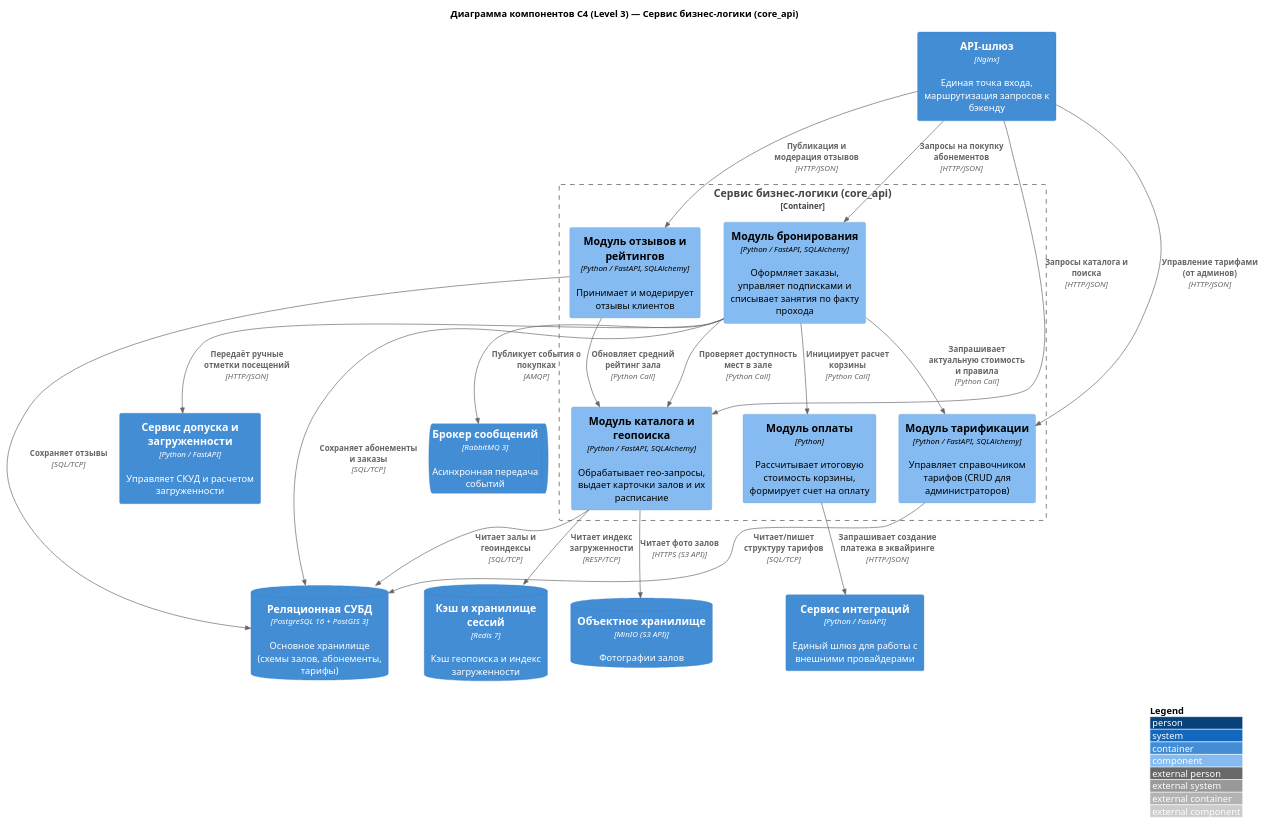
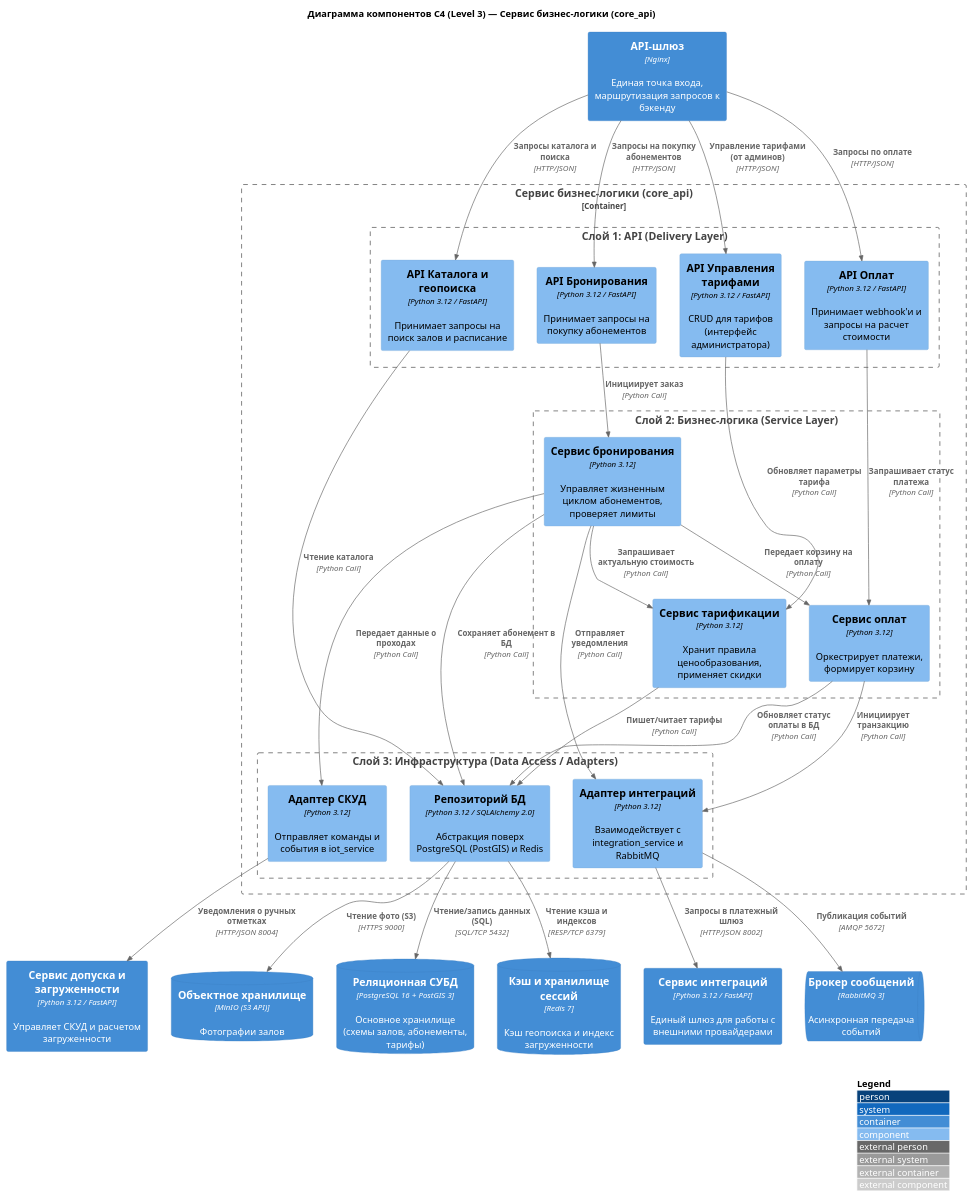
The diagram in src/local/kutenkov/L3/L3_backend_core_api.puml (lamtfey11/ISIT-project-gym-aggregator), drawn with PlantUML before and after one commit. The commit also changed 1 other file, not shown here.

```diff
--- a/src/local/kutenkov/L3/L3_backend_core_api.puml
+++ b/src/local/kutenkov/L3/L3_backend_core_api.puml
@@ -1,65 +1,76 @@
 @startuml L3_backend_core
 ' Подключаем стандартный макрос для диаграммы компонентов
 !include https://raw.githubusercontent.com/plantuml-stdlib/C4-PlantUML/master/C4_Component.puml
 
 LAYOUT_WITH_LEGEND()
 
 title Диаграмма компонентов C4 (Level 3) — Сервис бизнес-логики (core_api)
 
 ' ВНЕШНИЕ СИСТЕМЫ И КОНТЕЙНЕРЫ (Смежные узлы) 
 Container(api_gateway, "API-шлюз", "Nginx", "Единая точка входа, маршрутизация запросов к бэкенду")
-Container(integration_service, "Сервис интеграций", "Python / FastAPI", "Единый шлюз для работы с внешними провайдерами")
-Container(iot_service, "Сервис допуска и загруженности", "Python / FastAPI", "Управляет СКУД и расчетом загруженности")
+Container(integration_service, "Сервис интеграций", "Python 3.12 / FastAPI", "Единый шлюз для работы с внешними провайдерами")
+Container(iot_service, "Сервис допуска и загруженности", "Python 3.12 / FastAPI", "Управляет СКУД и расчетом загруженности")
 
 ContainerDb(database, "Реляционная СУБД", "PostgreSQL 16 + PostGIS 3", "Основное хранилище (схемы залов, абонементы, тарифы)")
 ContainerDb(cache, "Кэш и хранилище сессий", "Redis 7", "Кэш геопоиска и индекс загруженности")
 ContainerDb(object_storage, "Объектное хранилище", "MinIO (S3 API)", "Фотографии залов")
 ContainerQueue(message_broker, "Брокер сообщений", "RabbitMQ 3", "Асинхронная передача событий")
 
 ' ГРАНИЦА НАШЕГО КОНТЕЙНЕРА
 Container_Boundary(core_api, "Сервис бизнес-логики (core_api)") {
     
-    Component(catalog_comp, "Модуль каталога и геопоиска", "Python / FastAPI, SQLAlchemy", "Обрабатывает гео-запросы, выдает карточки залов и их расписание")
-    
-    Component(tariff_comp, "Модуль тарификации", "Python / FastAPI, SQLAlchemy", "Управляет справочником тарифов (CRUD для администраторов)")
-    
-    Component(booking_comp, "Модуль бронирования", "Python / FastAPI, SQLAlchemy", "Оформляет заказы, управляет подписками и списывает занятия по факту прохода")
-    
-    Component(payment_comp, "Модуль оплаты", "Python", "Рассчитывает итоговую стоимость корзины, формирует счет на оплату")
-    
-    Component(review_comp, "Модуль отзывов и рейтингов", "Python / FastAPI, SQLAlchemy", "Принимает и модерирует отзывы клиентов")
+    Boundary(api_layer, "Слой 1: API (Delivery Layer)") {
+        Component(catalog_api, "API Каталога и геопоиска", "Python 3.12 / FastAPI", "Принимает запросы на поиск залов и расписание")
+        Component(booking_api, "API Бронирования", "Python 3.12 / FastAPI", "Принимает запросы на покупку абонементов")
+        Component(payment_api, "API Оплат", "Python 3.12 / FastAPI", "Принимает webhook'и и запросы на расчет стоимости")
+        Component(admin_tariff_api, "API Управления тарифами", "Python 3.12 / FastAPI", "CRUD для тарифов (интерфейс администратора)")
+    }
+
+    Boundary(service_layer, "Слой 2: Бизнес-логика (Service Layer)") {
+        Component(booking_service, "Сервис бронирования", "Python 3.12", "Управляет жизненным циклом абонементов, проверяет лимиты")
+        Component(tariff_service, "Сервис тарификации", "Python 3.12", "Хранит правила ценообразования, применяет скидки")
+        Component(payment_service, "Сервис оплат", "Python 3.12", "Оркестрирует платежи, формирует корзину")
+    }
+
+    Boundary(infra_layer, "Слой 3: Инфраструктура (Data Access / Adapters)") {
+        Component(db_repository, "Репозиторий БД", "Python 3.12 / SQLAlchemy 2.0", "Абстракция поверх PostgreSQL (PostGIS) и Redis")
+        Component(iot_adapter, "Адаптер СКУД", "Python 3.12", "Отправляет команды и события в iot_service")
+        Component(integration_adapter, "Адаптер интеграций", "Python 3.12", "Взаимодействует с integration_service и RabbitMQ")
+    }
 }
 
-'СВЯЗИ (ВХОДЯЩИЕ ИЗ ШЛЮЗА) 
-Rel(api_gateway, catalog_comp, "Запросы каталога и поиска", "HTTP/JSON")
-Rel(api_gateway, tariff_comp, "Управление тарифами (от админов)", "HTTP/JSON")
-Rel(api_gateway, booking_comp, "Запросы на покупку абонементов", "HTTP/JSON")
-Rel(api_gateway, review_comp, "Публикация и модерация отзывов", "HTTP/JSON")
+' СВЯЗИ (ВХОДЯЩИЕ ИЗ ШЛЮЗА) 
+Rel(api_gateway, catalog_api, "Запросы каталога и поиска", "HTTP/JSON")
+Rel(api_gateway, admin_tariff_api, "Управление тарифами (от админов)", "HTTP/JSON")
+Rel(api_gateway, booking_api, "Запросы на покупку абонементов", "HTTP/JSON")
+Rel(api_gateway, payment_api, "Запросы по оплате", "HTTP/JSON")
 
-'ВНУТРИПРОЦЕССНЫЕ СВЯЗИ МЕЖДУ КОМПОНЕНТАМИ
-Rel(booking_comp, tariff_comp, "Запрашивает актуальную стоимость и правила", "Python Call")
-Rel(booking_comp, catalog_comp, "Проверяет доступность мест в зале", "Python Call")
-Rel(booking_comp, payment_comp, "Инициирует расчет корзины", "Python Call")
-Rel(review_comp, catalog_comp, "Обновляет средний рейтинг зала", "Python Call")
+' ВНУТРИПРОЦЕССНЫЕ СВЯЗИ (API -> Services)
+Rel(catalog_api, db_repository, "Чтение каталога", "Python Call")
+Rel(booking_api, booking_service, "Инициирует заказ", "Python Call")
+Rel(payment_api, payment_service, "Запрашивает статус платежа", "Python Call")
+Rel(admin_tariff_api, tariff_service, "Обновляет параметры тарифа", "Python Call")
 
-'СВЯЗИ (ИСХОДЯЩИЕ В ИНФРАСТРУКТУРУ И СМЕЖНЫЕ СЕРВИСЫ)
-' Каталог
-Rel(catalog_comp, database, "Читает залы и геоиндексы", "SQL/TCP")
-Rel(catalog_comp, cache, "Читает индекс загруженности", "RESP/TCP")
-Rel(catalog_comp, object_storage, "Читает фото залов", "HTTPS (S3 API)")
+' ВНУТРИПРОЦЕССНЫЕ СВЯЗИ (Services -> Services)
+Rel(booking_service, tariff_service, "Запрашивает актуальную стоимость", "Python Call")
+Rel(booking_service, payment_service, "Передает корзину на оплату", "Python Call")
 
-' Тарифы
-Rel(tariff_comp, database, "Читает/пишет структуру тарифов", "SQL/TCP")
+' ВНУТРИПРОЦЕССНЫЕ СВЯЗИ (Services -> Infrastructure)
+Rel(booking_service, db_repository, "Сохраняет абонемент в БД", "Python Call")
+Rel(tariff_service, db_repository, "Пишет/читает тарифы", "Python Call")
+Rel(payment_service, db_repository, "Обновляет статус оплаты в БД", "Python Call")
 
-' Бронирование
-Rel(booking_comp, database, "Сохраняет абонементы и заказы", "SQL/TCP")
-Rel(booking_comp, message_broker, "Публикует события о покупках", "AMQP")
-Rel(booking_comp, iot_service, "Передаёт ручные отметки посещений", "HTTP/JSON")
+Rel(booking_service, iot_adapter, "Передает данные о проходах", "Python Call")
+Rel(payment_service, integration_adapter, "Инициирует транзакцию", "Python Call")
+Rel(booking_service, integration_adapter, "Отправляет уведомления", "Python Call")
 
-' Оплата
-Rel(payment_comp, integration_service, "Запрашивает создание платежа в эквайринге", "HTTP/JSON")
+' СВЯЗИ (ИСХОДЯЩИЕ В ИНФРАСТРУКТУРУ И СМЕЖНЫЕ СЕРВИСЫ)
+Rel(db_repository, database, "Чтение/запись данных (SQL)", "SQL/TCP 5432")
+Rel(db_repository, cache, "Чтение кэша и индексов", "RESP/TCP 6379")
+Rel(db_repository, object_storage, "Чтение фото (S3)", "HTTPS 9000")
 
-' Отзывы
-Rel(review_comp, database, "Сохраняет отзывы", "SQL/TCP")
+Rel(iot_adapter, iot_service, "Уведомления о ручных отметках", "HTTP/JSON 8004")
+Rel(integration_adapter, integration_service, "Запросы в платежный шлюз", "HTTP/JSON 8002")
+Rel(integration_adapter, message_broker, "Публикация событий", "AMQP 5672")
 
 @enduml
```
